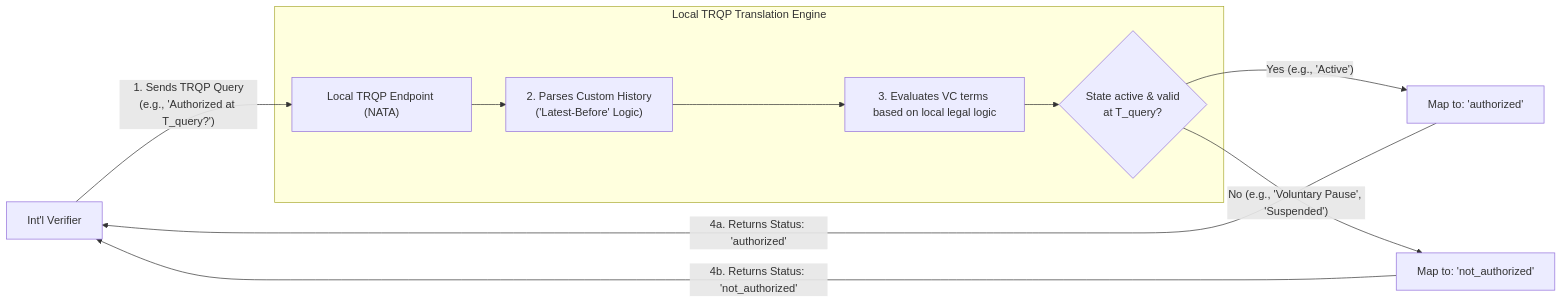
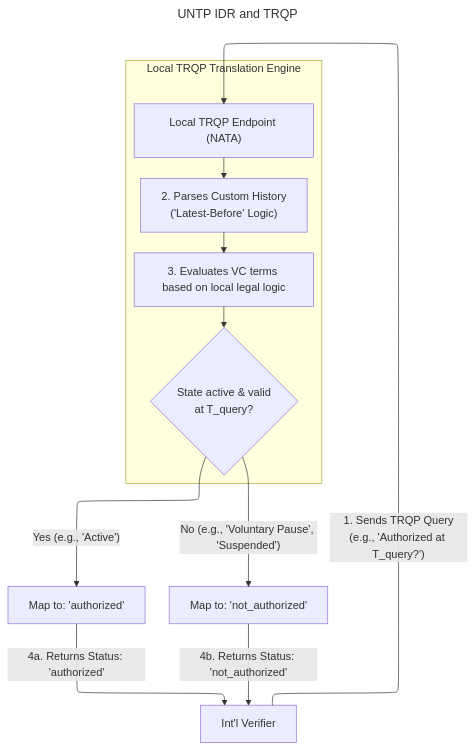
The third of 3 diagrams in docs/lifeCycle.md (sezoo-digital/Verifiable-Credential-Papers), drawn with Mermaid before and after one commit. The commit also changed other lines of this file, not shown here.

Commit message:
Improving  text and diagrams

````diff
--- a/docs/lifeCycle.md
+++ b/docs/lifeCycle.md
@@ -267,16 +273,21 @@
 ```mermaid
-flowchart LR
+---
+config:
+  layout: elk
+title: UNTP IDR and TRQP
+---
+flowchart TD
     A["Int'l Verifier"] -->|"1. Sends TRQP Query<br/>(e.g., 'Authorized at T_query?')"| B["Local TRQP Endpoint (NATA)"]
     
     subgraph Translation ["Local TRQP Translation Engine"]
         B --> C["2. Parses Custom History<br/>('Latest-Before' Logic)"]
         C --> D["3. Evaluates VC terms based on local legal logic"]
         D --> E{"State active & valid<br/>at T_query?"}
     end
     
     E -->|"Yes (e.g., 'Active')"| F["Map to: 'authorized'"]
     E -->|"No (e.g., 'Voluntary Pause', 'Suspended')"| G["Map to: 'not_authorized'"]
 
     F -->|"4a. Returns Status: 'authorized'"| A
     G -->|"4b. Returns Status: 'not_authorized'"| A
 ```
````
